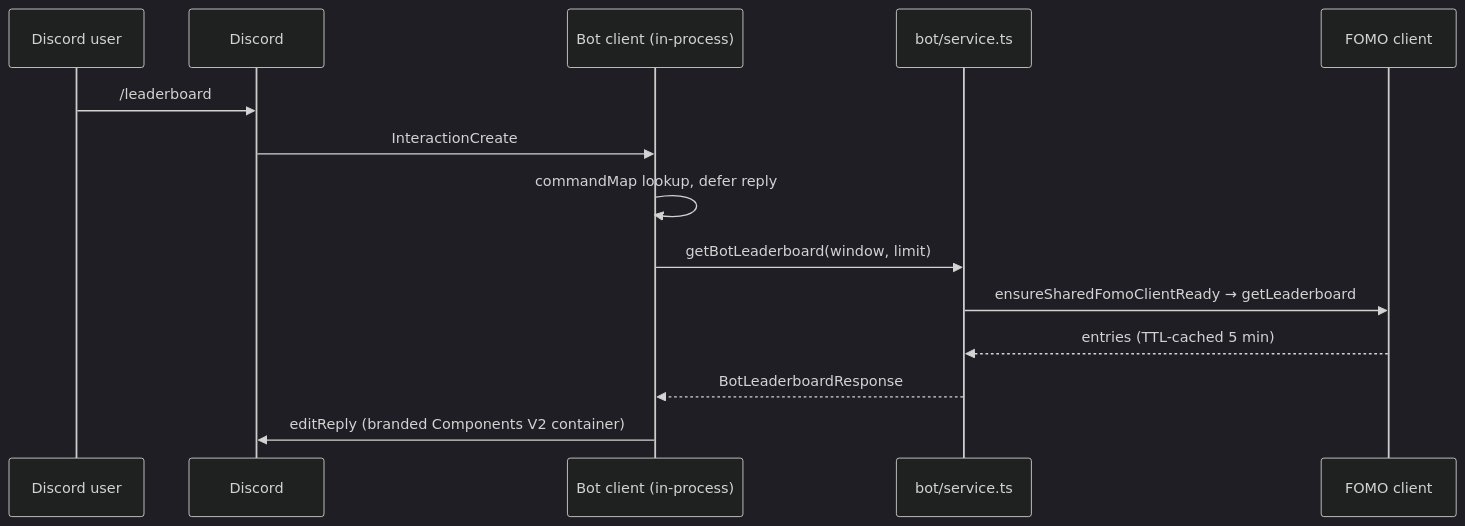
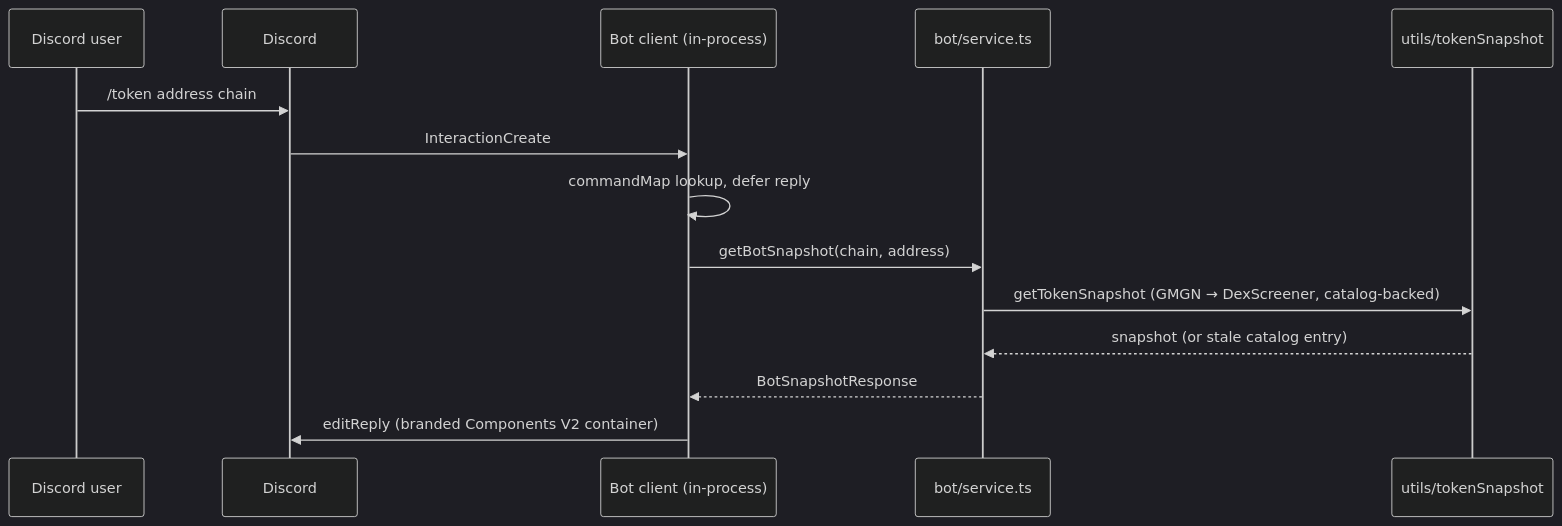
Before and after one commit to ArhamKhurram/Onchain-Tools: the second of 2 diagrams in docs/src/content/docs/architecture/discord-bot.md, drawn with Mermaid (dark theme). The commit also changed other lines of this file and 8 other files, not shown here.

````diff
--- a/docs/src/content/docs/architecture/discord-bot.md
+++ b/docs/src/content/docs/architecture/discord-bot.md
@@ -50,16 +64,16 @@
 ```mermaid
 sequenceDiagram
   participant U as Discord user
   participant D as Discord
   participant B as Bot client (in-process)
   participant S as bot/service.ts
-  participant F as FOMO client
-  U->>D: /leaderboard
+  participant T as utils/tokenSnapshot
+  U->>D: /token address chain
   D->>B: InteractionCreate
   B->>B: commandMap lookup, defer reply
-  B->>S: getBotLeaderboard(window, limit)
-  S->>F: ensureSharedFomoClientReady → getLeaderboard
-  F-->>S: entries (TTL-cached 5 min)
-  S-->>B: BotLeaderboardResponse
+  B->>S: getBotSnapshot(chain, address)
+  S->>T: getTokenSnapshot (GMGN → DexScreener, catalog-backed)
+  T-->>S: snapshot (or stale catalog entry)
+  S-->>B: BotSnapshotResponse
   B->>D: editReply (branded Components V2 container)
 ```
````
